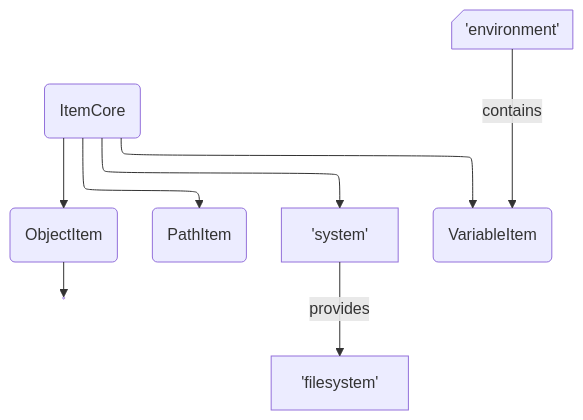
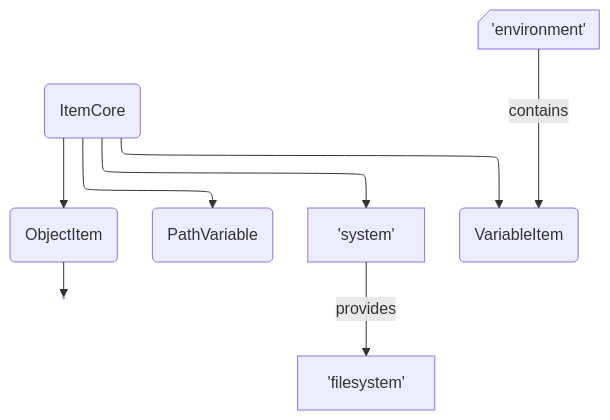
The first of 2 diagrams in docs/operations/summary.md (42sol-eu/hands_scaphoid), drawn with Mermaid before and after one commit. The commit also changed other lines of this file and 17 other files, not shown here.

First line of the commit message:
Add comprehensive tests for ValidationMixin and VariableItem functionality

````diff
--- a/docs/operations/summary.md
+++ b/docs/operations/summary.md
@@ -10,15 +10,15 @@
 ``` mermaid
 ---
 config:
   layout: elk
 ---
 graph TD;
     ItemCore@{ shape: rounded} --> ObjectItem@{ shape: rounded}
     ObjectItem --> n1@{ shape: anchor}
-    ItemCore --> PathItem@{ shape: rounded};
+    ItemCore --> PathVariable@{ shape: rounded};
     ItemCore --> System['system']@{ shape: card};
     System['system'] -->|provides| Filesystem['filesystem'];
     ItemCore --> VariableItem@{ shape: rounded};
     Environment['environment']@{ shape: card} -->|contains| VariableItem;
     
 ```
````
